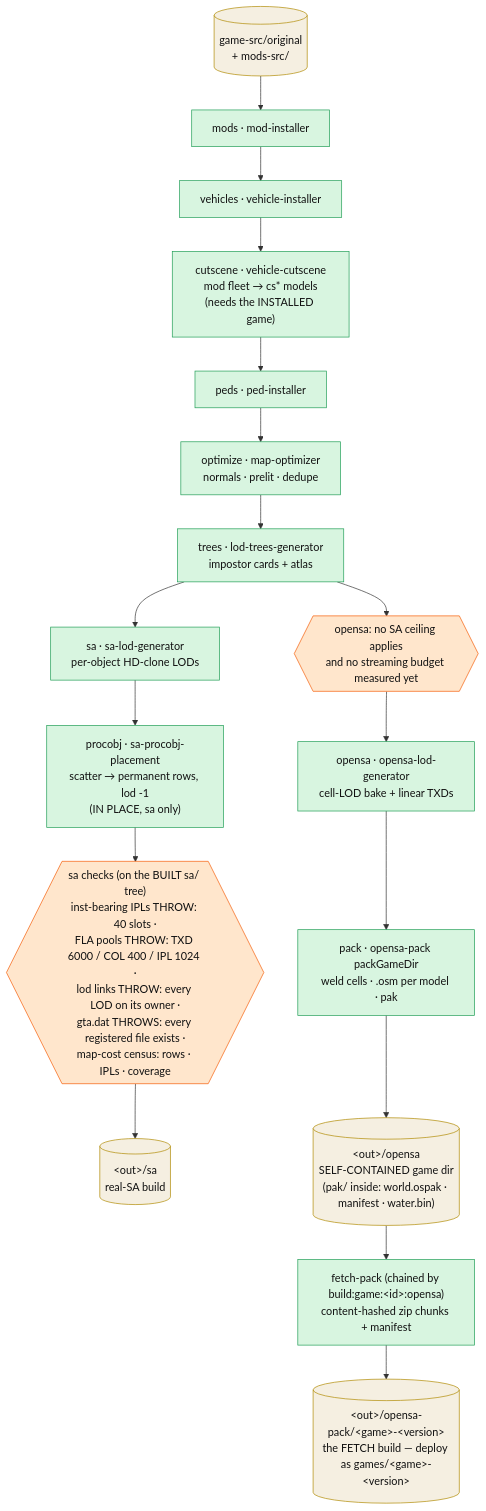
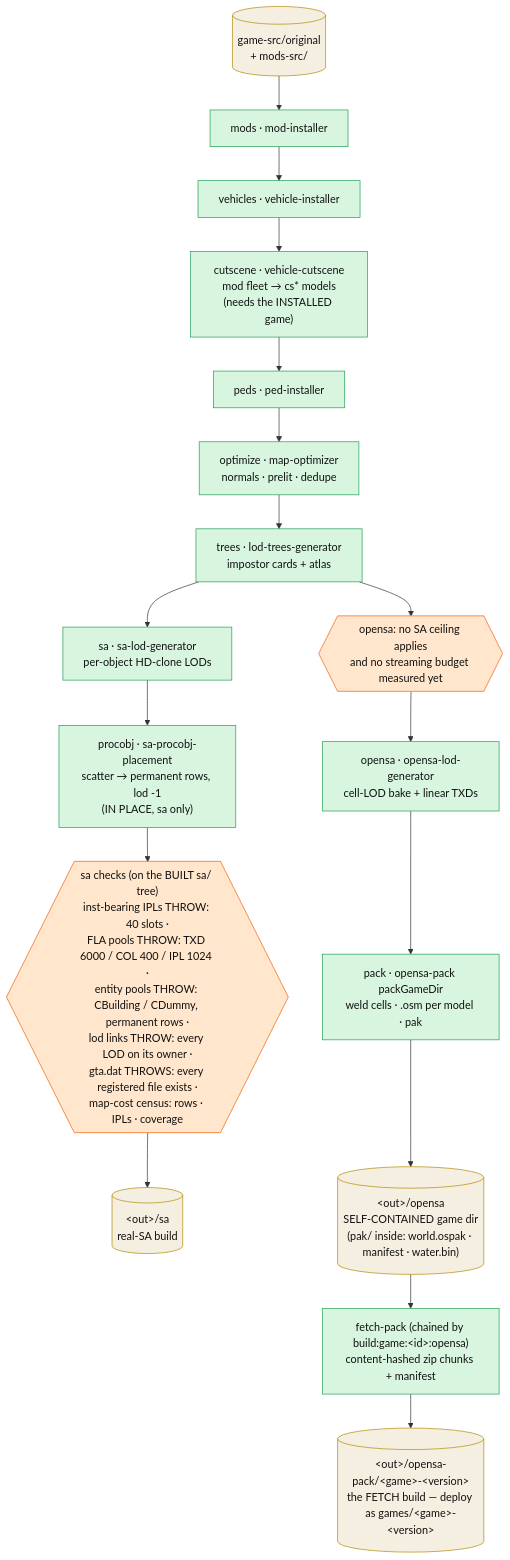
The diagram in docs/architecture/perfect-map-builder.md (sexorcist00/opensa), drawn with Mermaid before and after one commit. The commit also changed other lines of this file and 5 other files, not shown here.

````diff
--- a/docs/architecture/perfect-map-builder.md
+++ b/docs/architecture/perfect-map-builder.md
@@ -78,30 +78,30 @@
 ```mermaid
 %%| pmb-pipeline
 flowchart TB
   src[("game-src/original<br/>+ mods-src/")]:::data
   mods["mods · mod-installer"]:::stage
   veh["vehicles · vehicle-installer"]:::stage
   cs["cutscene · vehicle-cutscene<br/>mod fleet → cs* models<br/>(needs the INSTALLED game)"]:::stage
   peds["peds · ped-installer"]:::stage
   opt["optimize · map-optimizer<br/>normals · prelit · dedupe"]:::stage
   trees["trees · lod-trees-generator<br/>impostor cards + atlas"]:::stage
   proc["procobj · sa-procobj-placement<br/>scatter → permanent rows, lod -1<br/>(IN PLACE, sa only)"]:::stage
-  guard{{"sa checks (on the BUILT sa/ tree)<br/>inst-bearing IPLs THROW: 40 slots ·<br/>FLA pools THROW: TXD 6000 / COL 400 / IPL 1024 ·<br/>lod links THROW: every LOD on its owner ·<br/>gta.dat THROWS: every registered file exists ·<br/>map-cost census: rows · IPLs · coverage"}}:::guard
+  guard{{"sa checks (on the BUILT sa/ tree)<br/>inst-bearing IPLs THROW: 40 slots ·<br/>FLA pools THROW: TXD 6000 / COL 400 / IPL 1024 ·<br/>entity pools THROW: CBuilding / CDummy, permanent rows ·<br/>lod links THROW: every LOD on its owner ·<br/>gta.dat THROWS: every registered file exists ·<br/>map-cost census: rows · IPLs · coverage"}}:::guard
   osguard{{"opensa: no SA ceiling applies<br/>and no streaming budget measured yet"}}:::guard
   sa["sa · sa-lod-generator<br/>per-object HD-clone LODs"]:::stage
   oslod["opensa · opensa-lod-generator<br/>cell-LOD bake + linear TXDs"]:::stage
   pack["pack · opensa-pack packGameDir<br/>weld cells · .osm per model · pak"]:::stage
   outsa[("&lt;out&gt;/sa<br/>real-SA build")]:::data
   outos[("&lt;out&gt;/opensa<br/>SELF-CONTAINED game dir<br/>(pak/ inside: world.ospak · manifest · water.bin)")]:::data
   fetch["fetch-pack (chained by build:game:&lt;id&gt;:opensa)<br/>content-hashed zip chunks + manifest"]:::stage
   outpak[("&lt;out&gt;/opensa-pack/&lt;game&gt;-&lt;version&gt;<br/>the FETCH build — deploy as games/&lt;game&gt;-&lt;version&gt;")]:::data
 
   src --> mods --> veh --> cs --> peds --> opt --> trees
   trees --> sa --> proc --> guard --> outsa
   trees --> osguard --> oslod --> pack --> outos
   outos --> fetch --> outpak
 
   classDef stage fill:#d8f5e0,stroke:#1f9d55,color:#111
   classDef guard fill:#ffe6cc,stroke:#f55c07,color:#111
   classDef data fill:#f5efe1,stroke:#b08900,color:#111
 ```
````
